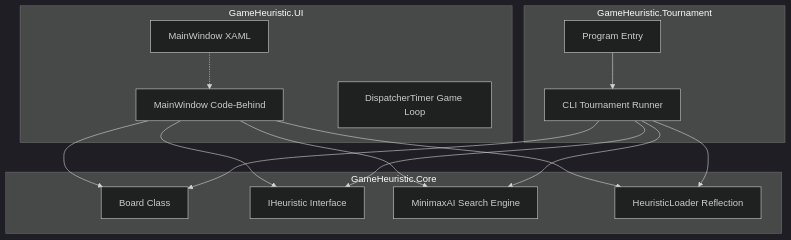
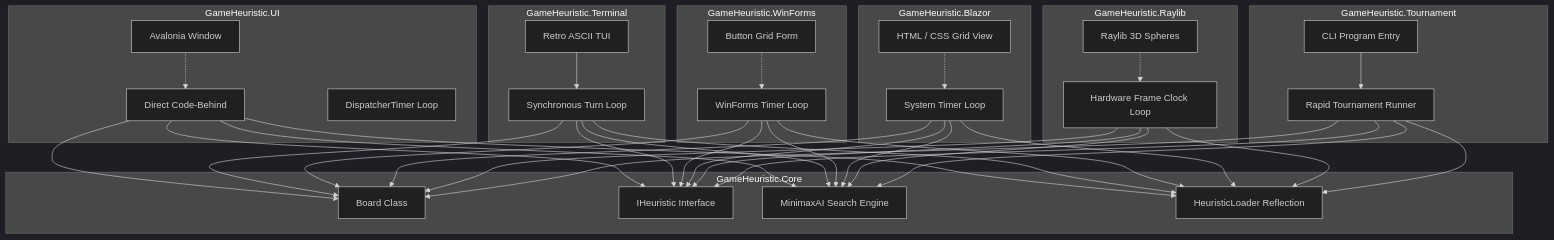
One commit to hurtle0000/GameHeuristic changed the first of 3 diagrams in DESIGN.md. Above: the diagram before and after it, drawn with Mermaid (dark theme). The commit also changed other lines of this file and 10 other files, not shown here.

Commit message:
Add Terminal, WinForms, Blazor, and Raylib 3D frontend clients to showcase system decoupling and single-source integration

````diff
--- a/DESIGN.md
+++ b/DESIGN.md
@@ -11,25 +11,53 @@
 ```mermaid
 graph TD;
-    subgraph Core Library [GameHeuristic.Core]
+    subgraph Shared Core Library [GameHeuristic.Core]
         A[Board Class]
         B[IHeuristic Interface]
         C[MinimaxAI Search Engine]
         D[HeuristicLoader Reflection]
     end
 
-    subgraph Desktop GUI [GameHeuristic.UI]
-        E[MainWindow XAML]
-        F[MainWindow Code-Behind]
-        G[DispatcherTimer Game Loop]
+    subgraph Client 1: Avalonia UI [GameHeuristic.UI]
+        E[Avalonia Window]
+        F[Direct Code-Behind]
+        G[DispatcherTimer Loop]
     end
 
-    subgraph Headless CLI [GameHeuristic.Tournament]
-        H[Program Entry]
-        I[CLI Tournament Runner]
+    subgraph Client 2: Console TUI [GameHeuristic.Terminal]
+        H[Retro ASCII TUI]
+        I[Synchronous Turn Loop]
+    end
+
+    subgraph Client 3: WinForms UI [GameHeuristic.WinForms]
+        J[Button Grid Form]
+        K[WinForms Timer Loop]
+    end
+
+    subgraph Client 4: Blazor Web [GameHeuristic.Blazor]
+        L[HTML / CSS Grid View]
+        M[System Timer Loop]
+    end
+
+    subgraph Client 5: Raylib 3D [GameHeuristic.Raylib]
+        N[Raylib 3D Spheres]
+        O[Hardware Frame Clock Loop]
+    end
+
+    subgraph Client 6: Headless CLI [GameHeuristic.Tournament]
+        P[CLI Program Entry]
+        Q[Rapid Tournament Runner]
     end
 
     E -.-> F
     F --> A & B & C & D
     H --> I
     I --> A & B & C & D
+    J -.-> K
+    K --> A & B & C & D
+    L -.-> M
+    M --> A & B & C & D
+    N -.-> O
+    O --> A & B & C & D
+    P --> Q
+    Q --> A & B & C & D
 ```
````
